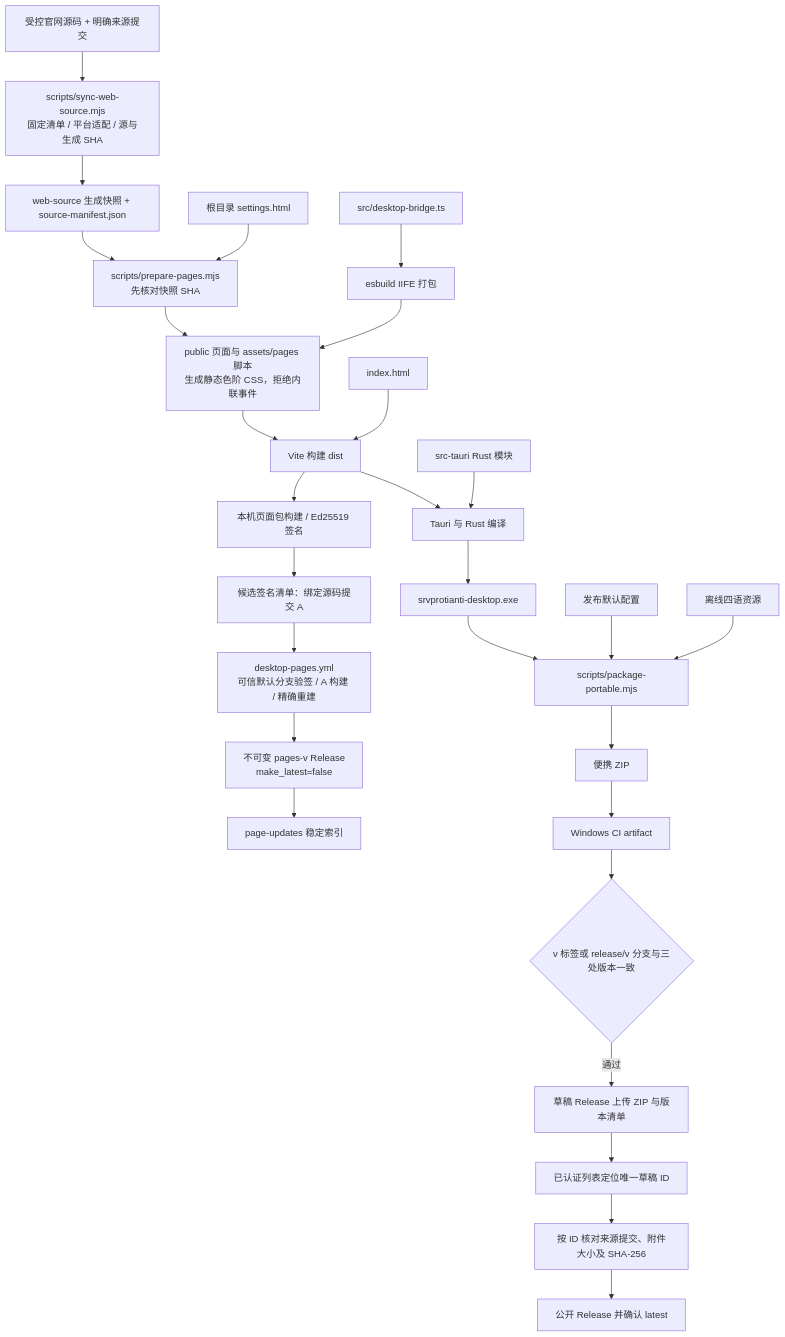
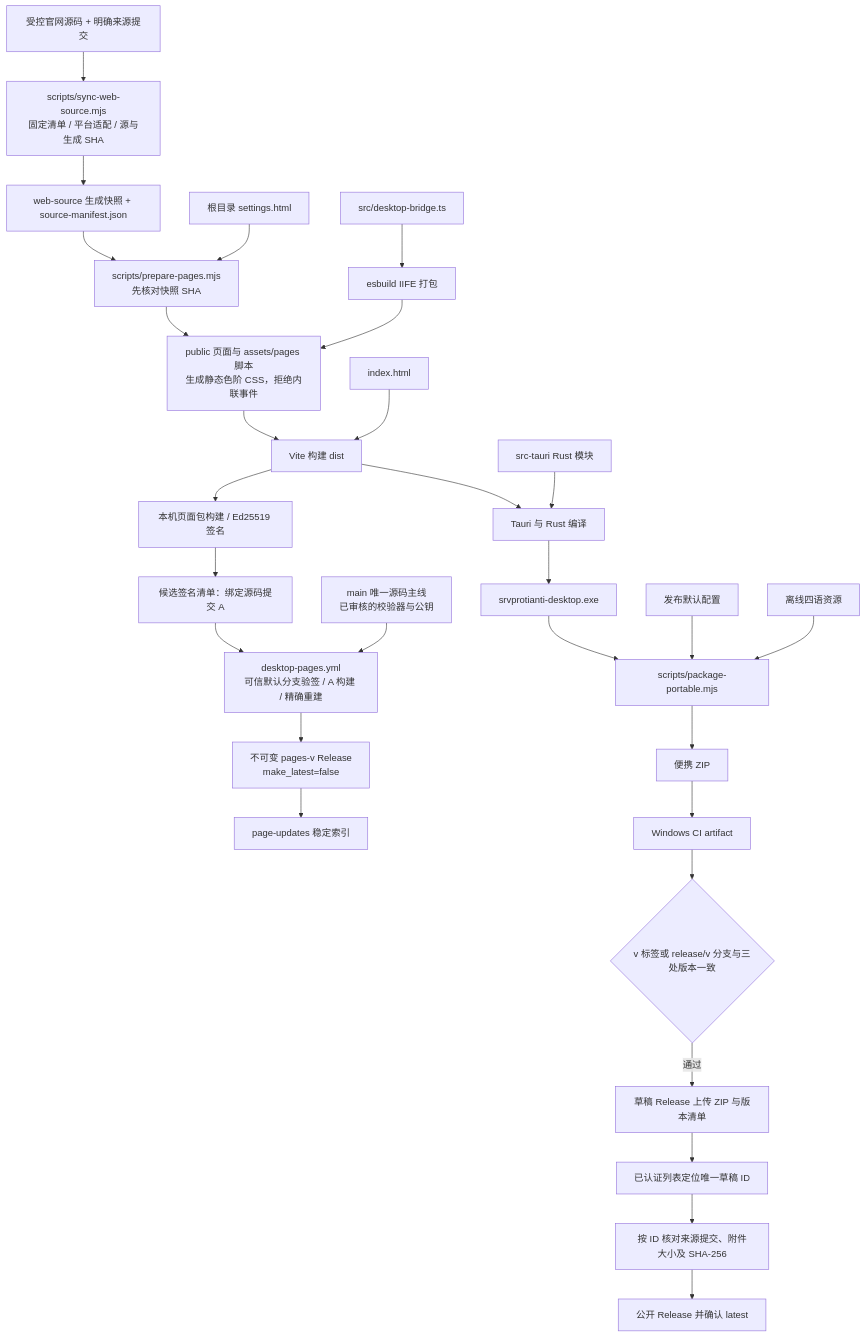
Before and after one commit to 301zrg/srvprotianti-desktop: the eighth of 8 diagrams in docs/ARCHITECTURE.md, drawn with Mermaid. The commit also changed other lines of this file and 6 other files, not shown here.

````diff
--- a/docs/ARCHITECTURE.md
+++ b/docs/ARCHITECTURE.md
@@ -303,30 +304,31 @@
 ```mermaid
 flowchart TB
     Website["受控官网源码 + 明确来源提交"] --> Sync["scripts/sync-web-source.mjs<br/>固定清单 / 平台适配 / 源与生成 SHA"]
     Sync --> WebSource["web-source 生成快照 + source-manifest.json"]
     WebSource --> Prepare["scripts/prepare-pages.mjs<br/>先核对快照 SHA"]
     Settings[根目录 settings.html] --> Prepare
     Prepare --> Public["public 页面与 assets/pages 脚本<br/>生成静态色阶 CSS，拒绝内联事件"]
     Bridge[src/desktop-bridge.ts] --> Esbuild[esbuild IIFE 打包]
     Esbuild --> Public
     Public --> Vite[Vite 构建 dist]
     RootIndex[index.html] --> Vite
     Vite --> Tauri[Tauri 与 Rust 编译]
     Vite --> Sign["本机页面包构建 / Ed25519 签名"]
     Sign --> Candidate["候选签名清单：绑定源码提交 A"]
     Candidate --> PageCI["desktop-pages.yml<br/>可信默认分支验签 / A 构建 / 精确重建"]
+    Main["main 唯一源码主线<br/>已审核的校验器与公钥"] --> PageCI
     PageCI --> PageRelease["不可变 pages-v Release<br/>make_latest=false"]
     PageRelease --> Index["page-updates 稳定索引"]
     Rust[src-tauri Rust 模块] --> Tauri
     Tauri --> Exe[srvprotianti-desktop.exe]
     Exe --> Portable[scripts/package-portable.mjs]
     Default[发布默认配置] --> Portable
     Resources[离线四语资源] --> Portable
     Portable --> Zip[便携 ZIP]
     Zip --> Artifact[Windows CI artifact]
     Artifact --> Tag{v 标签或 release/v 分支与三处版本一致}
     Tag -->|通过| Draft[草稿 Release 上传 ZIP 与版本清单]
     Draft --> DraftId[已认证列表定位唯一草稿 ID]
     DraftId --> Verify[按 ID 核对来源提交、附件大小及 SHA-256]
     Verify --> Release[公开 Release 并确认 latest]
 ```
````
